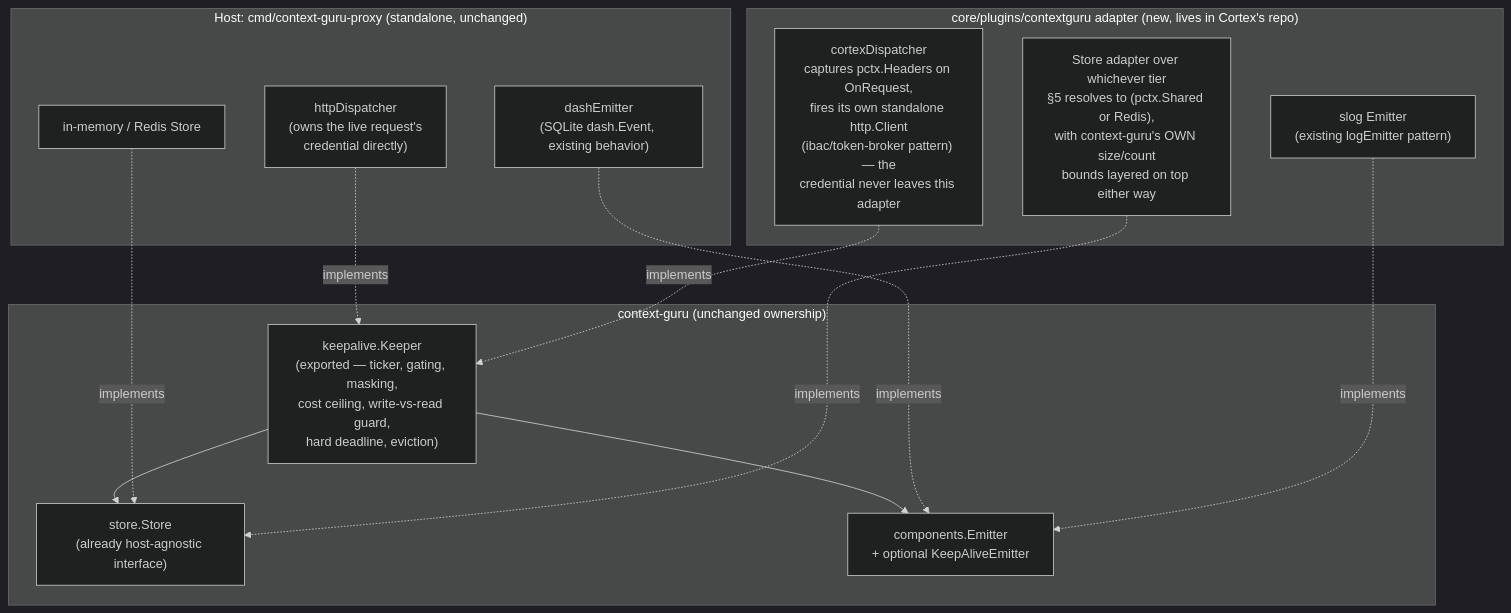
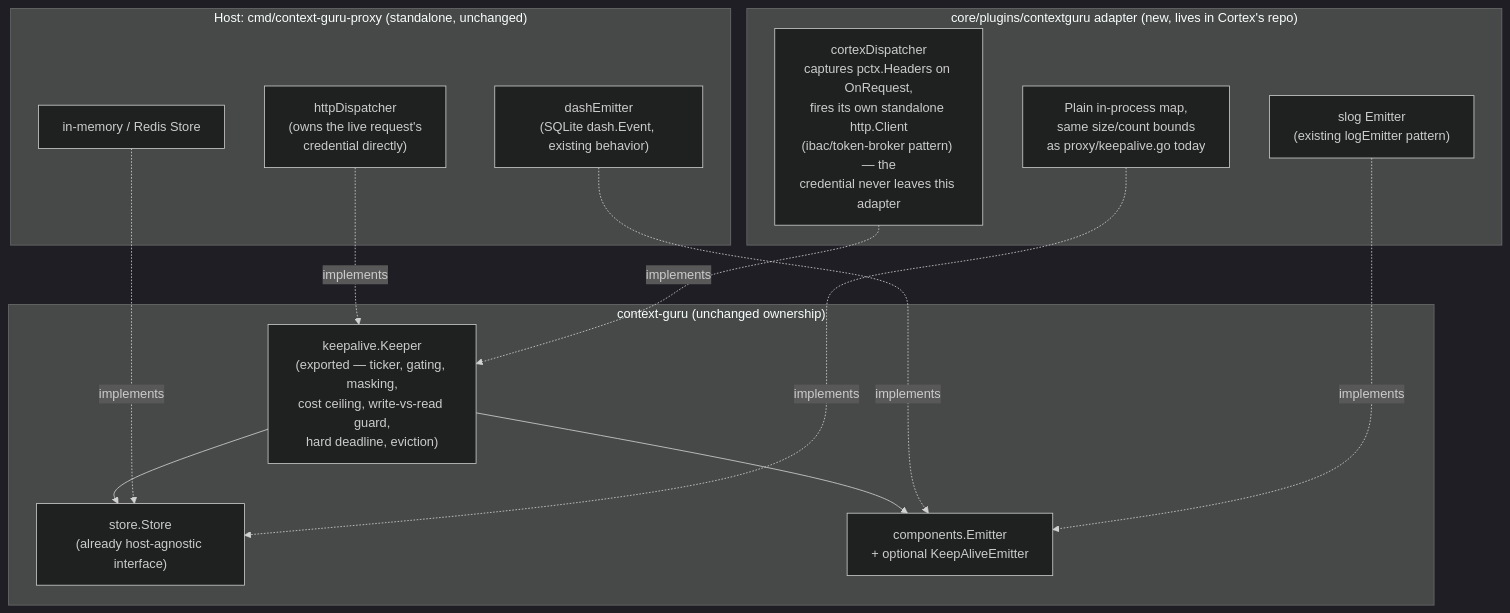
One commit to rossoctl/context-guru changed the second of 5 diagrams in docs/proposals/cortex-integration.md. Above: the diagram before and after it, drawn with Mermaid (dark theme). The commit also changed other lines of this file, not shown here.

````diff
--- a/docs/proposals/cortex-integration.md
+++ b/docs/proposals/cortex-integration.md
@@ -244,29 +226,29 @@
 ```mermaid
 graph TB
     subgraph ContextGuru["context-guru (unchanged ownership)"]
         KA["keepalive.Keeper<br/>(exported — ticker, gating, masking,<br/>cost ceiling, write-vs-read guard,<br/>hard deadline, eviction)"]
         ST["store.Store<br/>(already host-agnostic interface)"]
         EM["components.Emitter<br/>+ optional KeepAliveEmitter"]
         KA --> ST
         KA --> EM
     end
 
     subgraph Host1["Host: cmd/context-guru-proxy (standalone, unchanged)"]
         D1["httpDispatcher<br/>(owns the live request's<br/>credential directly)"]
         E1["dashEmitter<br/>(SQLite dash.Event, existing behavior)"]
         S1["in-memory / Redis Store"]
     end
 
     subgraph Host2["core/plugins/contextguru adapter (new, lives in Cortex's repo)"]
         D2["cortexDispatcher<br/>captures pctx.Headers on OnRequest,<br/>fires its own standalone http.Client<br/>(ibac/token-broker pattern) — the<br/>credential never leaves this adapter"]
         E2["slog Emitter<br/>(existing logEmitter pattern)"]
-        S2["Store adapter over whichever tier<br/>§5 resolves to (pctx.Shared or Redis),<br/>with context-guru's OWN size/count<br/>bounds layered on top either way"]
+        S2["Plain in-process map,<br/>same size/count bounds<br/>as proxy/keepalive.go today"]
     end
 
     D1 -. implements .-> KA
     E1 -. implements .-> EM
     S1 -. implements .-> ST
     D2 -. implements .-> KA
     E2 -. implements .-> EM
     S2 -. implements .-> ST
 ```
````
